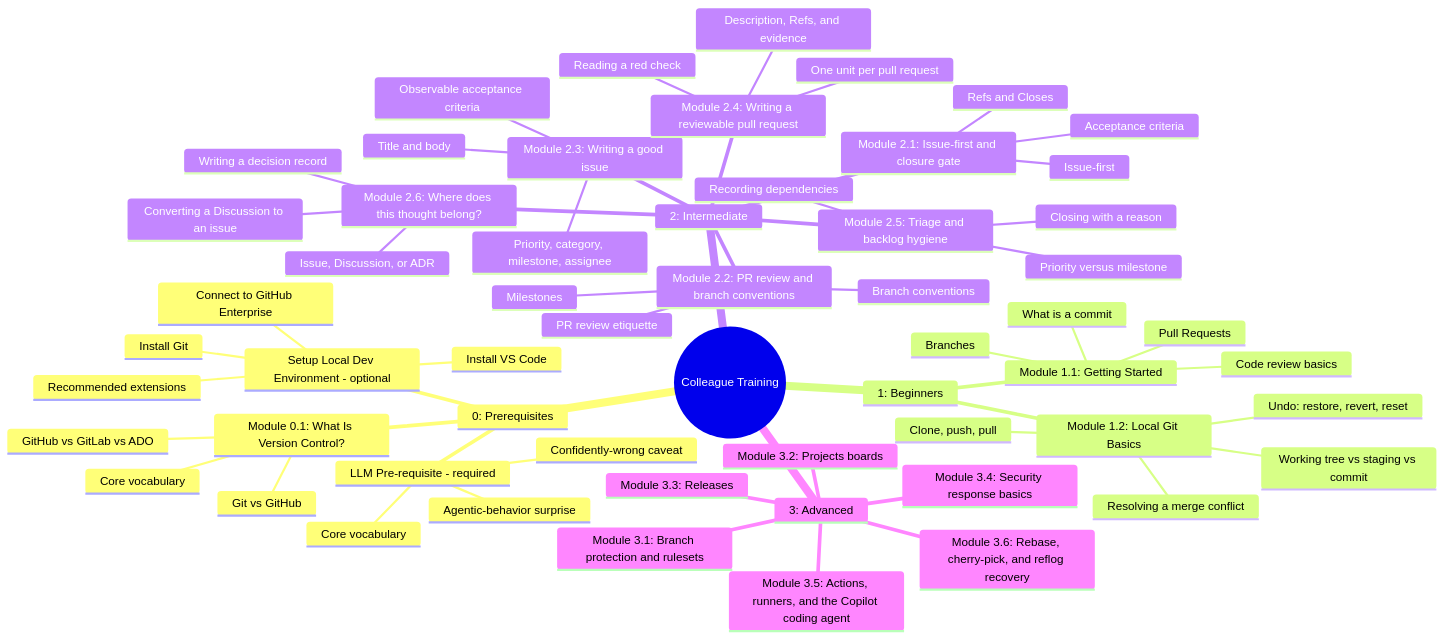
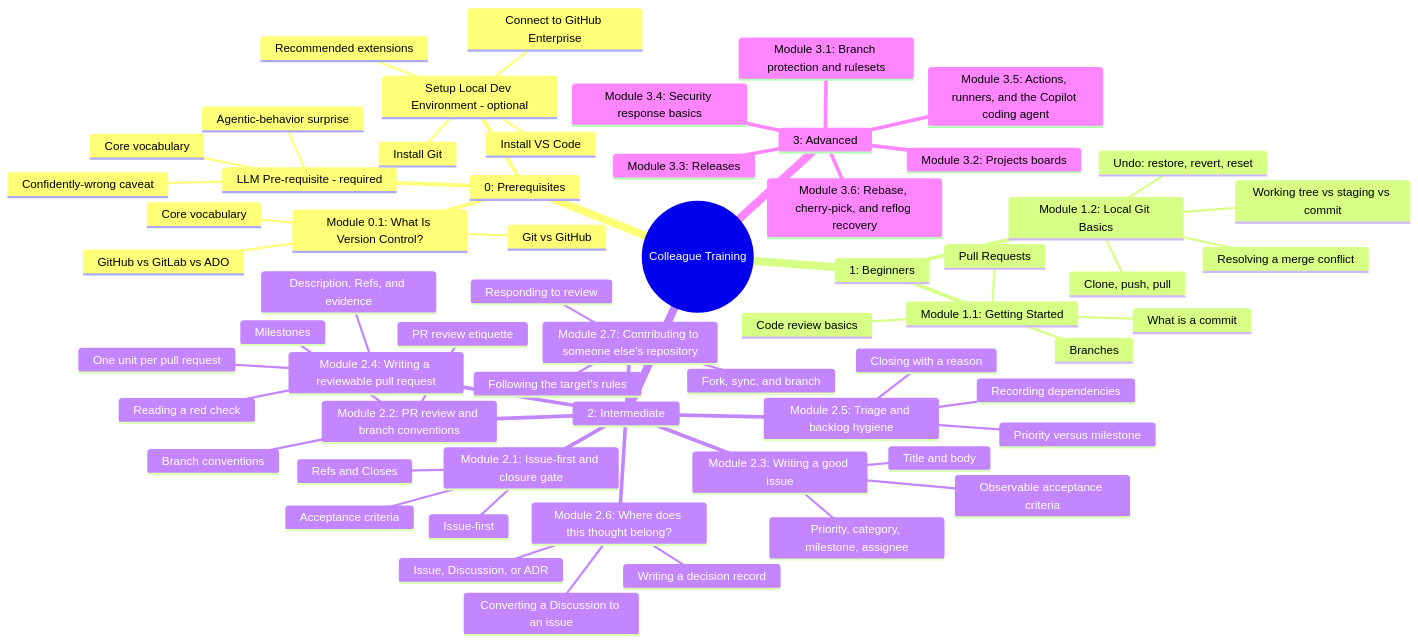
The second of 2 diagrams in education/README.md (JeanKadang/DOC-GitHub-Practice-Skills), drawn with Mermaid before and after one commit. The commit also changed other lines of this file and 4 other files, not shown here.

First line of the commit message:
docs: add Module 2.7, contributing to someone else's repository

````diff
--- a/education/README.md
+++ b/education/README.md
@@ -110,61 +114,65 @@
 ```mermaid
 mindmap
   root((Colleague Training))
     0: Prerequisites
       Module 0.1: What Is Version Control?
         Git vs GitHub
         Core vocabulary
         GitHub vs GitLab vs ADO
       LLM Pre-requisite - required
         Core vocabulary
         Agentic-behavior surprise
         Confidently-wrong caveat
       Setup Local Dev Environment - optional
         Install Git
         Install VS Code
         Connect to GitHub Enterprise
         Recommended extensions
     1: Beginners
       Module 1.1: Getting Started
         What is a commit
         Branches
         Pull Requests
         Code review basics
       Module 1.2: Local Git Basics
         Working tree vs staging vs commit
         Clone, push, pull
         Resolving a merge conflict
         Undo: restore, revert, reset
     2: Intermediate
       Module 2.1: Issue-first and closure gate
         Issue-first
         Refs and Closes
         Acceptance criteria
       Module 2.2: PR review and branch conventions
         PR review etiquette
         Branch conventions
         Milestones
       Module 2.3: Writing a good issue
         Title and body
         Observable acceptance criteria
         Priority, category, milestone, assignee
       Module 2.4: Writing a reviewable pull request
         One unit per pull request
         Description, Refs, and evidence
         Reading a red check
       Module 2.5: Triage and backlog hygiene
         Priority versus milestone
         Recording dependencies
         Closing with a reason
       Module 2.6: Where does this thought belong?
         Issue, Discussion, or ADR
         Converting a Discussion to an issue
         Writing a decision record
+      Module 2.7: Contributing to someone else's repository
+        Fork, sync, and branch
+        Following the target's rules
+        Responding to review
     3: Advanced
       Module 3.1: Branch protection and rulesets
       Module 3.2: Projects boards
       Module 3.3: Releases
       Module 3.4: Security response basics
       Module 3.5: Actions, runners, and the Copilot coding agent
       Module 3.6: Rebase, cherry-pick, and reflog recovery
 ```
````
